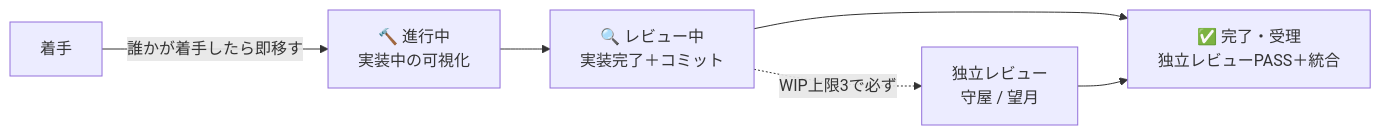
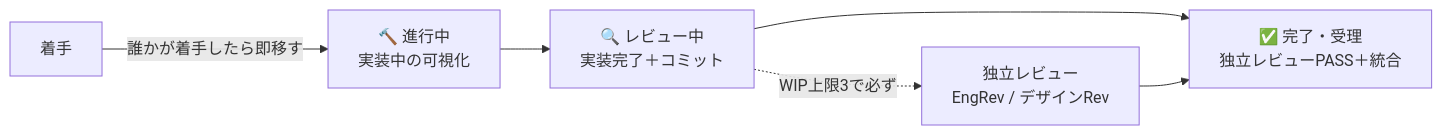
The diagram in .kiro/steering/operations.md (kumamoto-kouki/conductor-sdlc-template), drawn with Mermaid before and after one commit. The commit also changed other lines of this file and 41 other files, not shown here.

````diff
--- a/.kiro/steering/operations.md
+++ b/.kiro/steering/operations.md
@@ -19,8 +19,8 @@
 ```mermaid
 flowchart LR
   A[着手] -->|誰かが着手したら即移す| B["🔨 進行中<br/>実装中の可視化"]
   B --> C["🔍 レビュー中<br/>実装完了＋コミット"]
   C --> D["✅ 完了・受理<br/>独立レビューPASS＋統合"]
-  C -. "WIP上限3で必ず" .-> E["独立レビュー<br/>守屋 / 望月"]
+  C -. "WIP上限3で必ず" .-> E["独立レビュー<br/>EngRev / デザインRev"]
   E --> D
 ```
````
